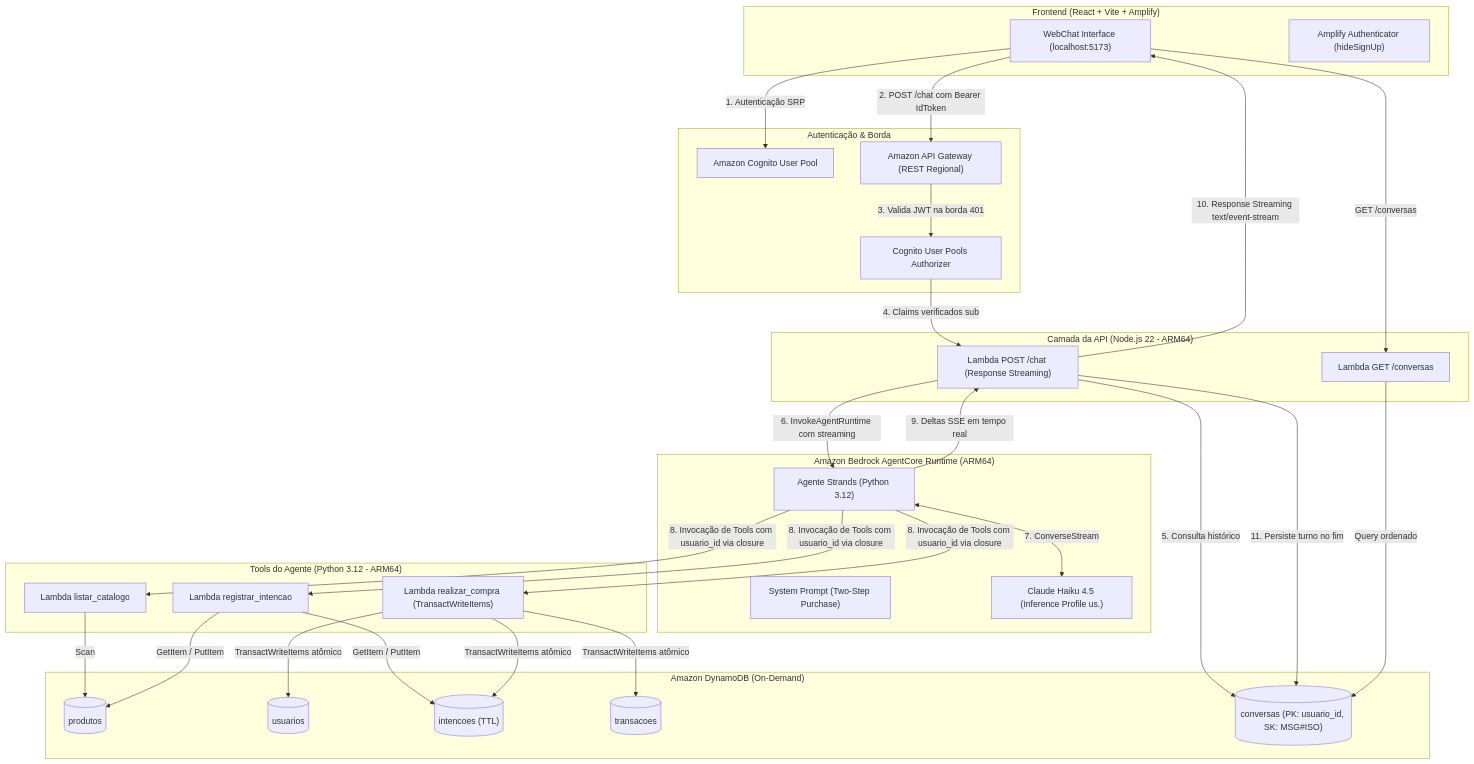
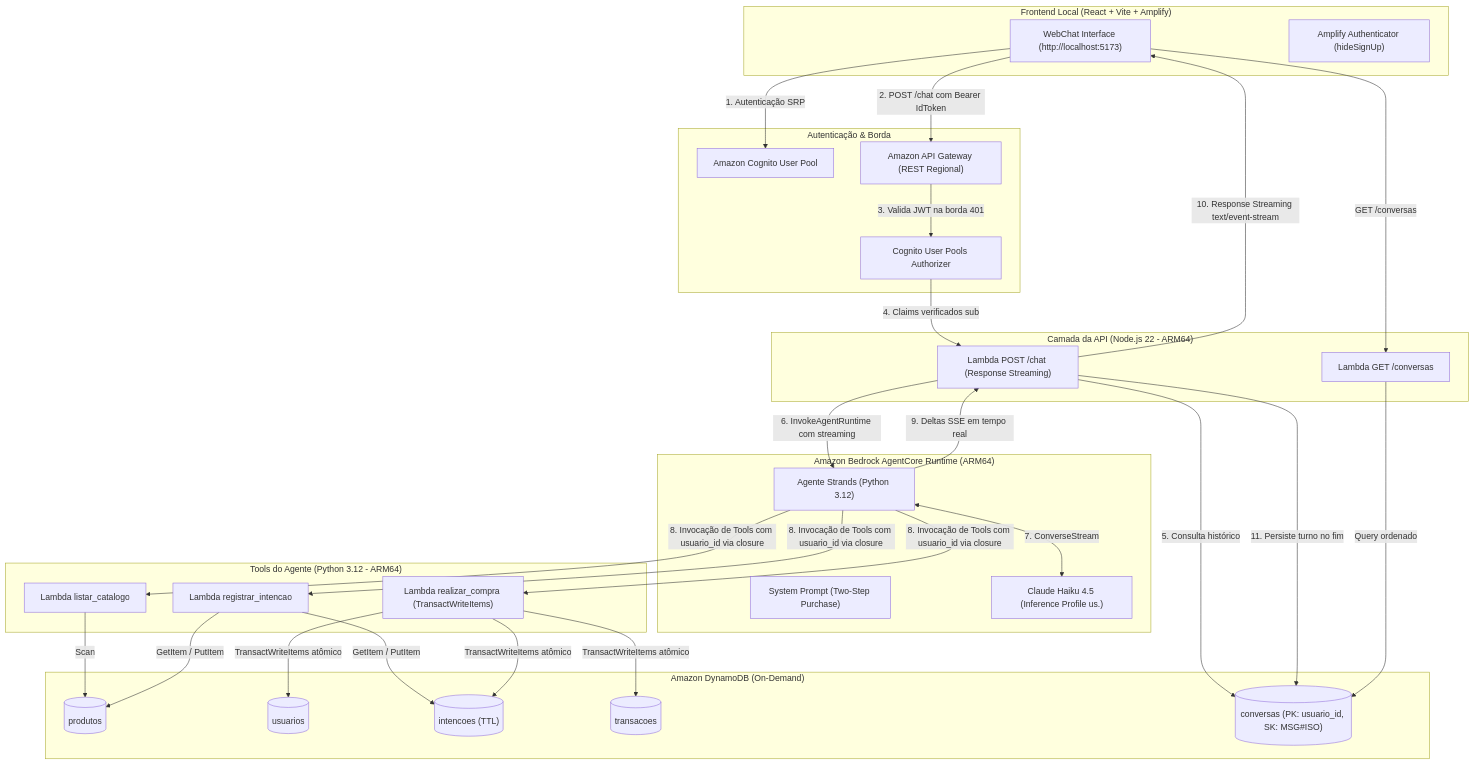
Before and after one commit to Pedro-Leale-Compass/scholarship-fde-agentic-payments-challenges: the diagram in Desafio-1/joao-matheus/README.md, drawn with Mermaid. The commit also changed other lines of this file and 8 other files, not shown here.

````diff
--- a/Desafio-1/joao-matheus/README.md
+++ b/Desafio-1/joao-matheus/README.md
@@ -9,55 +12,55 @@
 ```mermaid
 flowchart TD
-    subgraph Frontend["Frontend (React + Vite + Amplify)"]
-        UI["WebChat Interface (localhost:5173)"]
+    subgraph Frontend["Frontend Local (React + Vite + Amplify)"]
+        UI["WebChat Interface (http://localhost:5173)"]
         AUTH_UI["Amplify Authenticator (hideSignUp)"]
     end
 
     subgraph Security["Autenticação & Borda"]
         COG["Amazon Cognito User Pool"]
         APIGW["Amazon API Gateway (REST Regional)"]
         AUTH_GW["Cognito User Pools Authorizer"]
     end
 
     subgraph BackendAPI["Camada da API (Node.js 22 - ARM64)"]
         LAMBDA_CHAT["Lambda POST /chat (Response Streaming)"]
         LAMBDA_CONV["Lambda GET /conversas"]
     end
 
     subgraph AgentCore["Amazon Bedrock AgentCore Runtime (ARM64)"]
         AGENT["Agente Strands (Python 3.12)"]
         PROMPT["System Prompt (Two-Step Purchase)"]
         BEDROCK["Claude Haiku 4.5 (Inference Profile us.)"]
     end
 
     subgraph Tools["Tools do Agente (Python 3.12 - ARM64)"]
         TOOL_CAT["Lambda listar_catalogo"]
         TOOL_INT["Lambda registrar_intencao"]
         TOOL_PAY["Lambda realizar_compra (TransactWriteItems)"]
     end
 
     subgraph Storage["Amazon DynamoDB (On-Demand)"]
         TAB_PROD[("produtos")]
         TAB_USER[("usuarios")]
         TAB_INT[("intencoes (TTL)")]
         TAB_TX[("transacoes")]
         TAB_CONV[("conversas (PK: usuario_id, SK: MSG#ISO)")]
     end
 
     UI -->|1. Autenticação SRP| COG
     UI -->|2. POST /chat com Bearer IdToken| APIGW
     APIGW -->|3. Valida JWT na borda 401| AUTH_GW
     AUTH_GW -->|4. Claims verificados sub| LAMBDA_CHAT
     LAMBDA_CHAT -->|5. Consulta histórico| TAB_CONV
     LAMBDA_CHAT -->|6. InvokeAgentRuntime com streaming| AGENT
     AGENT <-->|7. ConverseStream| BEDROCK
     AGENT -->|8. Invocação de Tools com usuario_id via closure| TOOL_CAT & TOOL_INT & TOOL_PAY
     TOOL_CAT -->|Scan| TAB_PROD
     TOOL_INT -->|GetItem / PutItem| TAB_PROD & TAB_INT
     TOOL_PAY -->|TransactWriteItems atômico| TAB_INT & TAB_USER & TAB_TX
     AGENT -->|9. Deltas SSE em tempo real| LAMBDA_CHAT
     LAMBDA_CHAT -->|10. Response Streaming text/event-stream| UI
     LAMBDA_CHAT -->|11. Persiste turno no fim| TAB_CONV
     UI -->|GET /conversas| LAMBDA_CONV
     LAMBDA_CONV -->|Query ordenado| TAB_CONV
 ```
````
